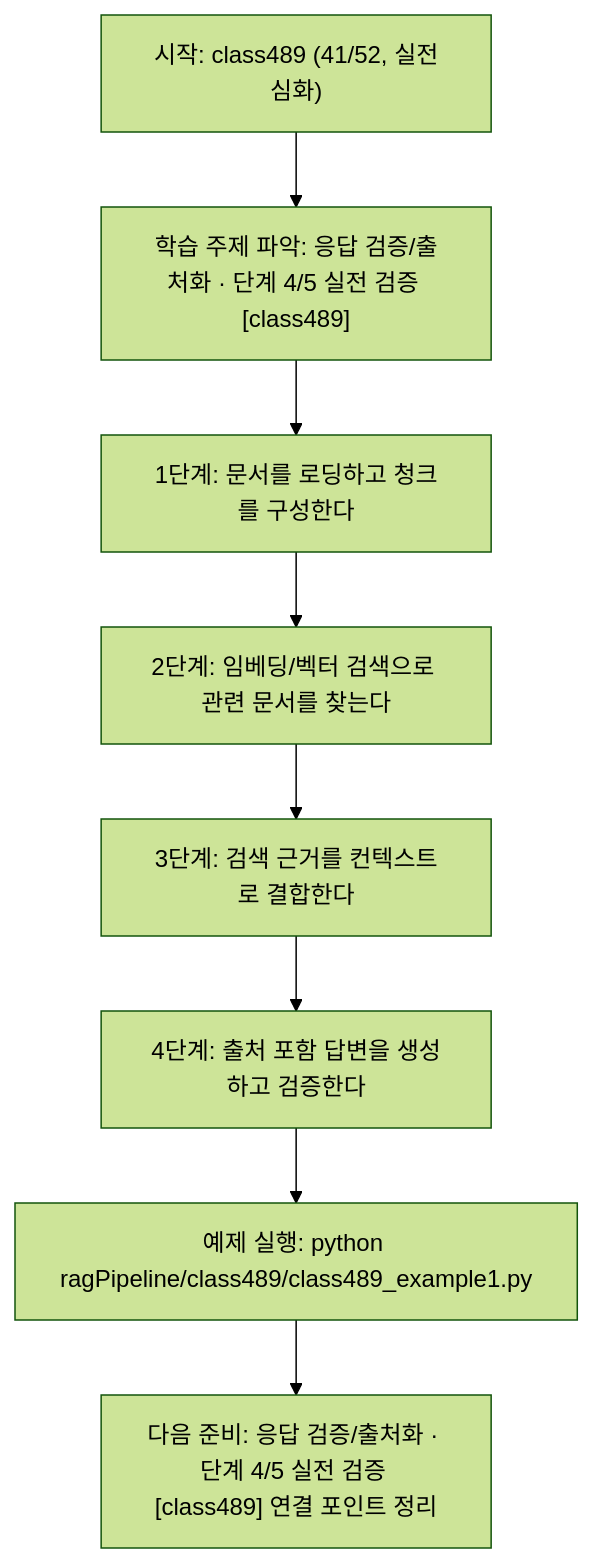
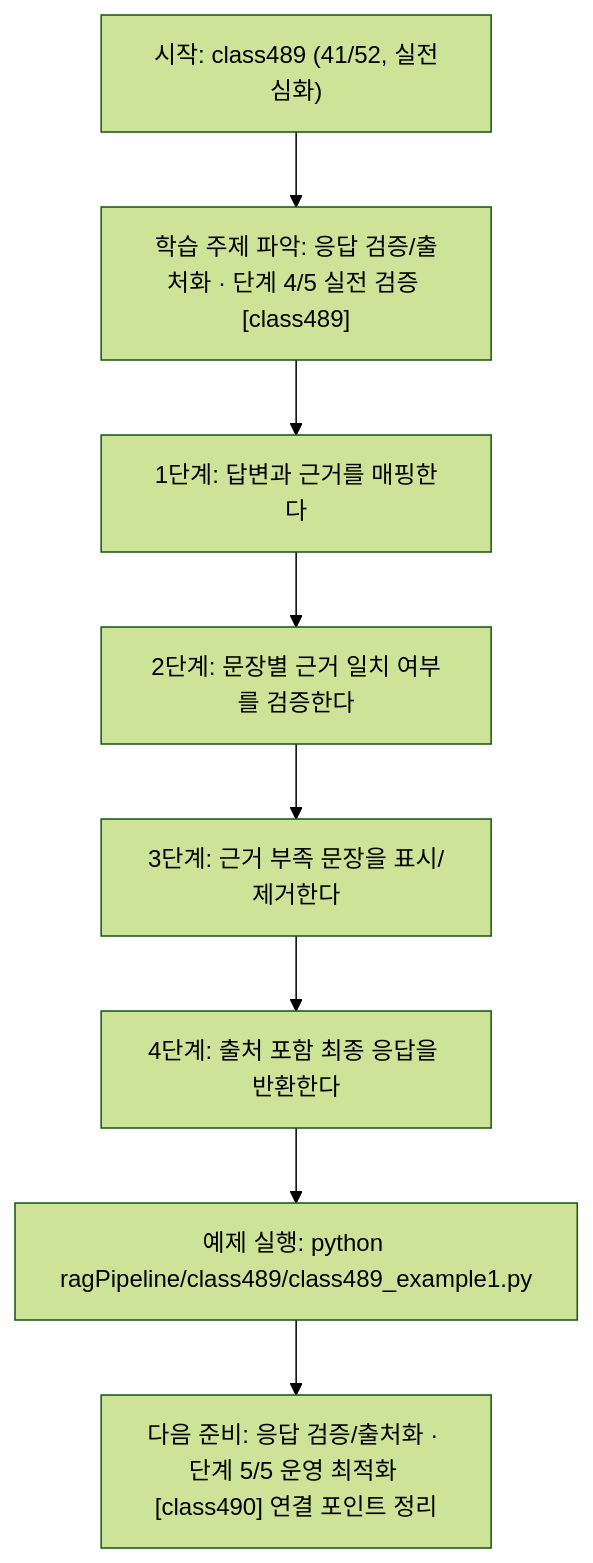
Before and after one commit to edumgt/Python-AI_Agent-Class: the diagram in ragPipeline/class489/class489.md, drawn with Mermaid (forest theme). The commit also changed other lines of this file and 367 other files, not shown here.

````diff
--- a/ragPipeline/class489/class489.md
+++ b/ragPipeline/class489/class489.md
@@ -111,18 +92,18 @@
 ```mermaid
 flowchart TD
 N1["시작: class489 (41/52, 실전심화)"]
 N2["학습 주제 파악: 응답 검증/출처화 · 단계 4/5 실전 검증 [class489]"]
-N3["1단계: 문서를 로딩하고 청크를 구성한다"]
-N4["2단계: 임베딩/벡터 검색으로 관련 문서를 찾는다"]
-N5["3단계: 검색 근거를 컨텍스트로 결합한다"]
-N6["4단계: 출처 포함 답변을 생성하고 검증한다"]
+N3["1단계: 답변과 근거를 매핑한다"]
+N4["2단계: 문장별 근거 일치 여부를 검증한다"]
+N5["3단계: 근거 부족 문장을 표시/제거한다"]
+N6["4단계: 출처 포함 최종 응답을 반환한다"]
 N7["예제 실행: python ragPipeline/class489/class489_example1.py"]
-N8["다음 준비: 응답 검증/출처화 · 단계 4/5 실전 검증 [class489] 연결 포인트 정리"]
+N8["다음 준비: 응답 검증/출처화 · 단계 5/5 운영 최적화 [class490] 연결 포인트 정리"]
 N1 --> N2
 N2 --> N3
 N3 --> N4
 N4 --> N5
 N5 --> N6
 N6 --> N7
 N7 --> N8
 ```
````
